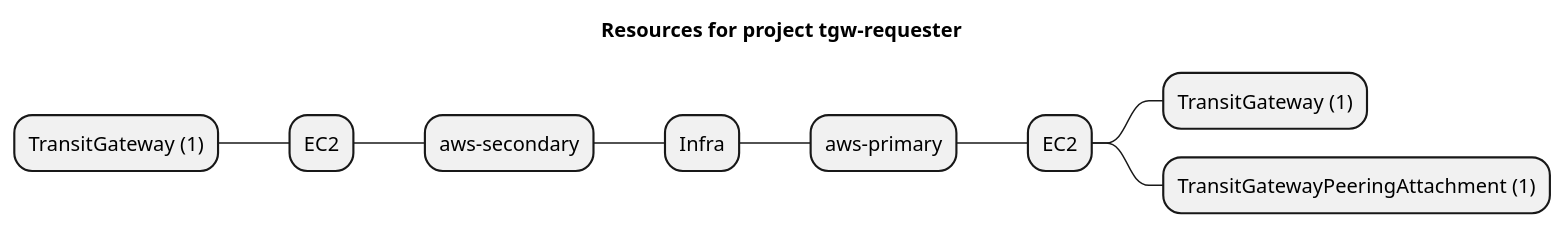
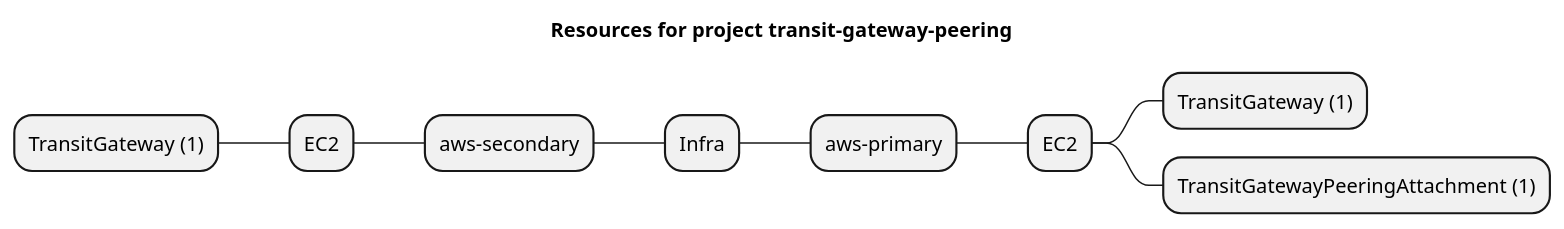
Before and after one commit to grucloud/grucloud: the diagram in examples/aws/EC2/transit-gateway-peering/artifacts/resources-mindmap.puml, drawn with PlantUML. The commit also changed 25 other files, not shown here.

```diff
--- a/examples/aws/EC2/transit-gateway-peering/artifacts/resources-mindmap.puml
+++ b/examples/aws/EC2/transit-gateway-peering/artifacts/resources-mindmap.puml
@@ -1,12 +1,12 @@
 @startmindmap
-title Resources for project tgw-requester
+title Resources for project transit-gateway-peering
 skinparam monochrome true
 + Infra
 ++ aws-primary
 +++ EC2
 ++++ TransitGateway (1)
 ++++ TransitGatewayPeeringAttachment (1)
 -- aws-secondary
 --- EC2
 ---- TransitGateway (1)
 @endmindmap
```
